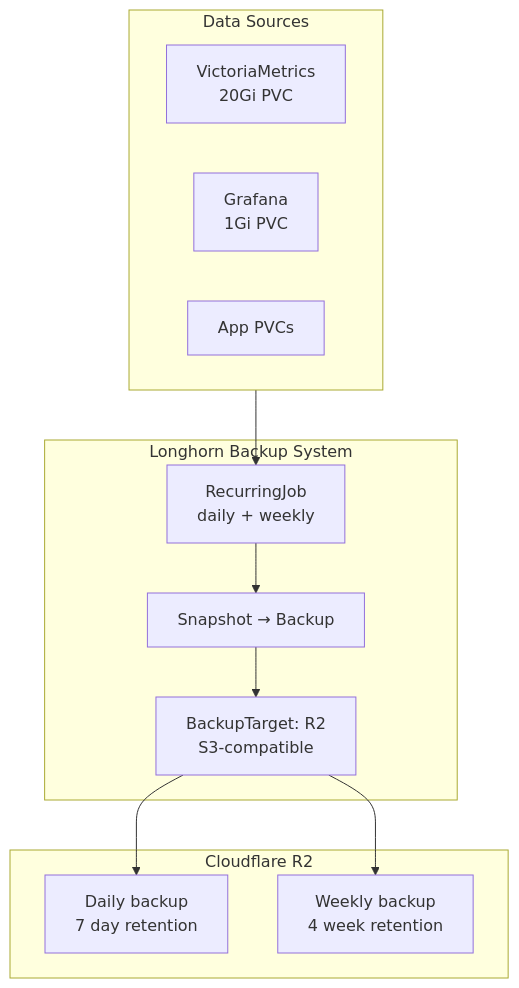
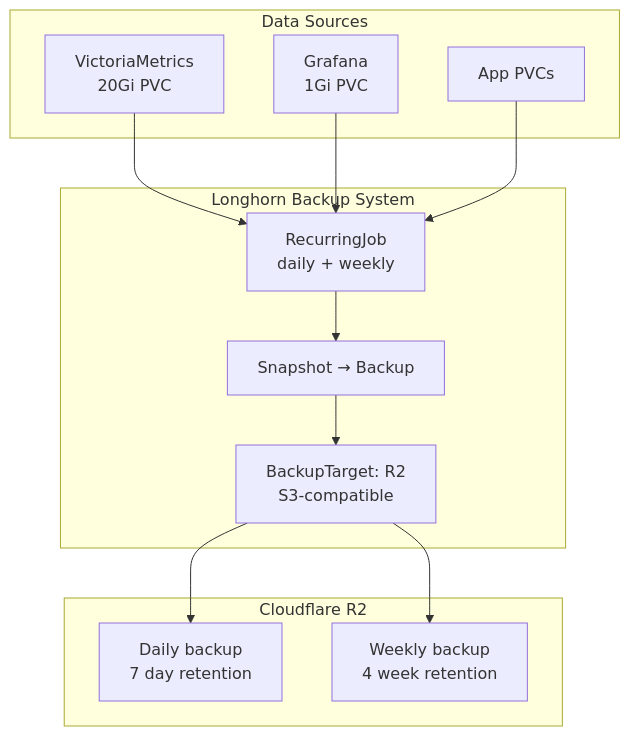
Before and after one commit to derio-net/frank: the diagram in blog/content/docs/building/08-backup/index.md, drawn with Mermaid. The commit also changed other lines of this file and 52 other files, not shown here.

````diff
--- a/blog/content/docs/building/08-backup/index.md
+++ b/blog/content/docs/building/08-backup/index.md
@@ -21,23 +21,25 @@
 ```mermaid
 flowchart TD
   subgraph Sources[Data Sources]
     VM[VictoriaMetrics<br/>20Gi PVC]
     Grafana[Grafana<br/>1Gi PVC]
     Apps[App PVCs]
   end
   subgraph Longhorn[Longhorn Backup System]
     Recurring[RecurringJob<br/>daily + weekly]
     BT[BackupTarget: R2<br/>S3-compatible]
     Snap[Snapshot → Backup]
   end
   subgraph Storage[Cloudflare R2]
     Daily[Daily backup<br/>7 day retention]
     Weekly[Weekly backup<br/>4 week retention]
   end
 
-  Sources --> Recurring
+  VM --> Recurring
+  Grafana --> Recurring
+  Apps --> Recurring
   Recurring --> Snap
   Snap --> BT
   BT --> Daily
   BT --> Weekly
 ```
````
